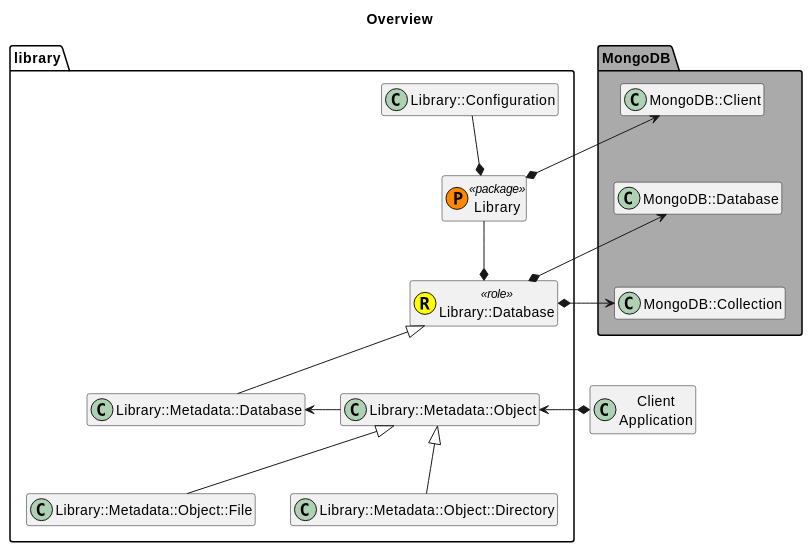
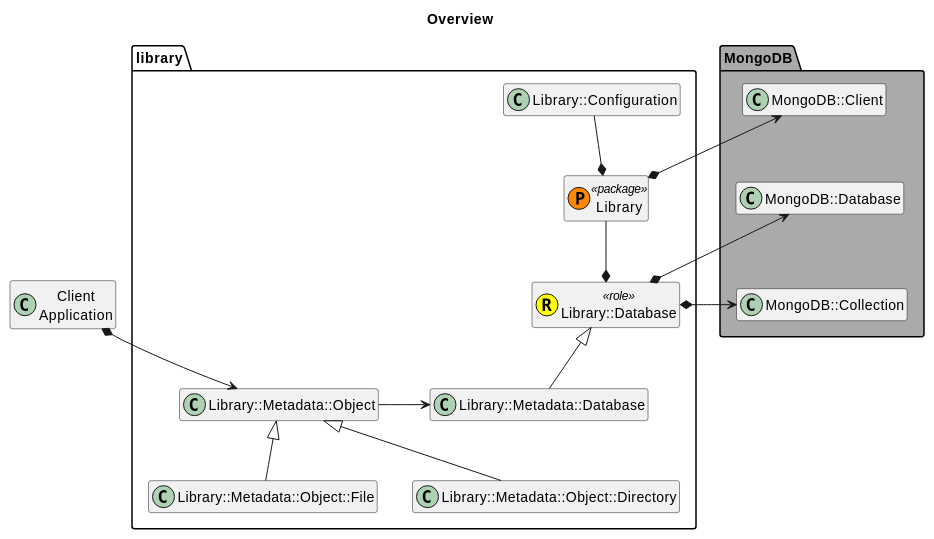
One commit to MARTIMM/Library changed the third of 3 diagrams in doc/requirements.md. Above: the diagram before and after it, drawn with PlantUML. The commit also changed other lines of this file, not shown here.

````diff
--- a/doc/requirements.md
+++ b/doc/requirements.md
@@ -311,43 +370,44 @@
 ```plantuml
 
 title Overview
 
 hide members
 class Client as "Client\nApplication"
 
 package MongoDB #AAAAAA {
   'set namespaceSeparator ::
   class MC as "MongoDB::Client"
   class MDB as "MongoDB::Database"
   class MCL as "MongoDB::Collection"
 
   MC -[hidden]- MDB
   MDB -[hidden]- MCL
 }
 
 package library #FFFFFF {
 
   class L as "Library" << (P,#FF8800) package >>
   class LC as "Library::Configuration"
   class LD as "Library::Database" << (R,#FFFF00) role >>
   class LMD as "Library::Metadata::Database"
   class Obj as "Library::Metadata::Object"
   class OTF as "Library::Metadata::Object::File"
   class OTD as "Library::Metadata::Object::Directory"
 
   MC <--* L
   LC --* L
 
   L --* LD
   MDB <-right-* LD
   MCL <-right-* LD
 
-  Client *-> Obj
+  Client *--> Obj
   LD <|-- LMD
 
-  LMD <- Obj
+  'LMD <- Obj
+  Obj -> LMD
   Obj <|-- OTF
   Obj <|-- OTD
 }
 
 ```
````
